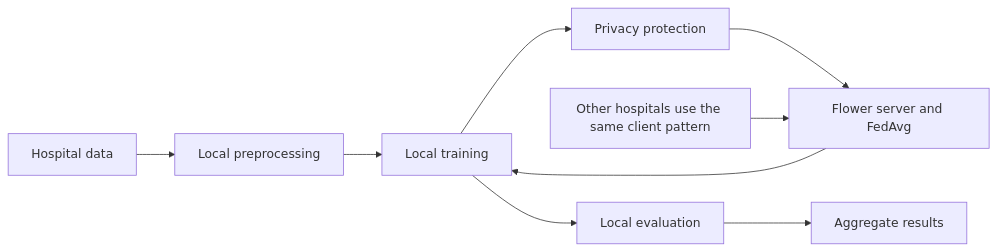
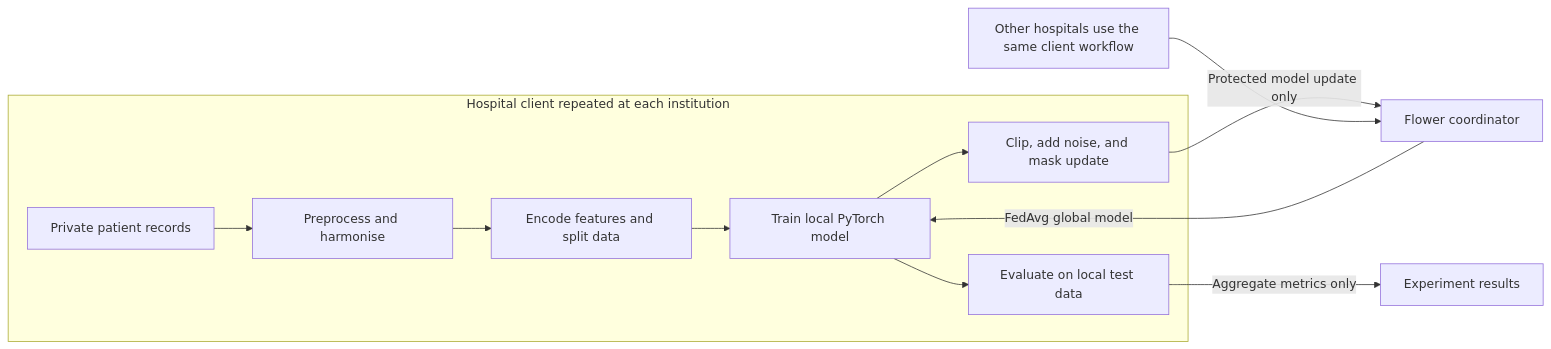
Before and after one commit to FrankSich/FedArg: the first of 3 diagrams in ARCHITECTURE_REPORT.md, drawn with Mermaid. The commit also changed other lines of this file and 1 other file, not shown here.

Commit message:
Improve federated learning flow diagram

````diff
--- a/ARCHITECTURE_REPORT.md
+++ b/ARCHITECTURE_REPORT.md
@@ -34,11 +34,14 @@
 ```mermaid
 flowchart LR
-    A[Hospital data] --> B[Local preprocessing]
-    B --> C[Local training]
-    C --> D[Privacy protection]
-    D --> S[Flower server and FedAvg]
-    S --> C
-    C --> E[Local evaluation]
-    E --> R[Aggregate results]
-    K[Other hospitals use the same client pattern] --> S
+    subgraph H[Hospital client repeated at each institution]
+        A[Private patient records] --> B[Preprocess and harmonise]
+        B --> C[Encode features and split data]
+        C --> D[Train local PyTorch model]
+        D --> E[Clip, add noise, and mask update]
+        D --> F[Evaluate on local test data]
+    end
+    E -->|Protected model update only| S[Flower coordinator]
+    S -->|FedAvg global model| D
+    F -->|Aggregate metrics only| R[Experiment results]
+    K[Other hospitals use the same client workflow] --> S
 ```
````
